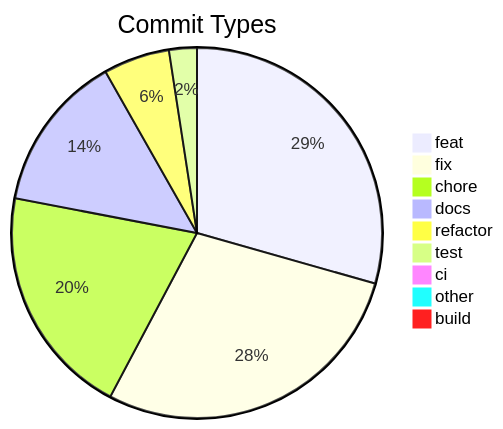
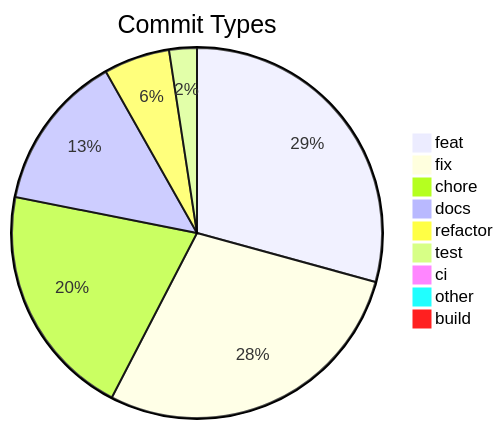
One commit to svenroth-ai/shipwright changed the diagram in .shipwright/compliance/change-history.md. Above: the diagram before and after it, drawn with Mermaid. The commit also changed other lines of this file and 7 other files, not shown here.

````diff
--- a/.shipwright/compliance/change-history.md
+++ b/.shipwright/compliance/change-history.md
@@ -8,12 +8,12 @@
 ```mermaid
 pie title Commit Types
     "feat" : 254
-    "fix" : 245
-    "chore" : 175
+    "fix" : 246
+    "chore" : 178
     "docs" : 119
     "refactor" : 50
     "test" : 21
     "ci" : 7
     "other" : 7
     "build" : 1
 ```
````
